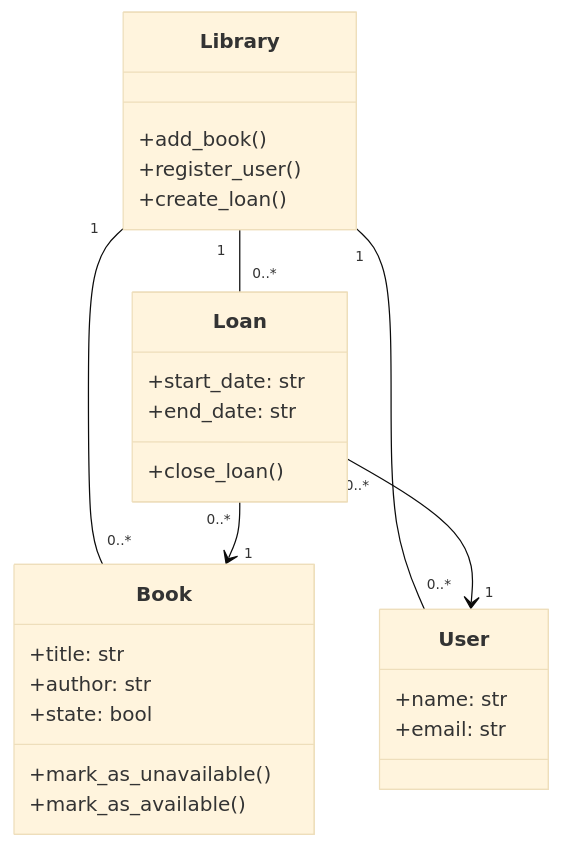
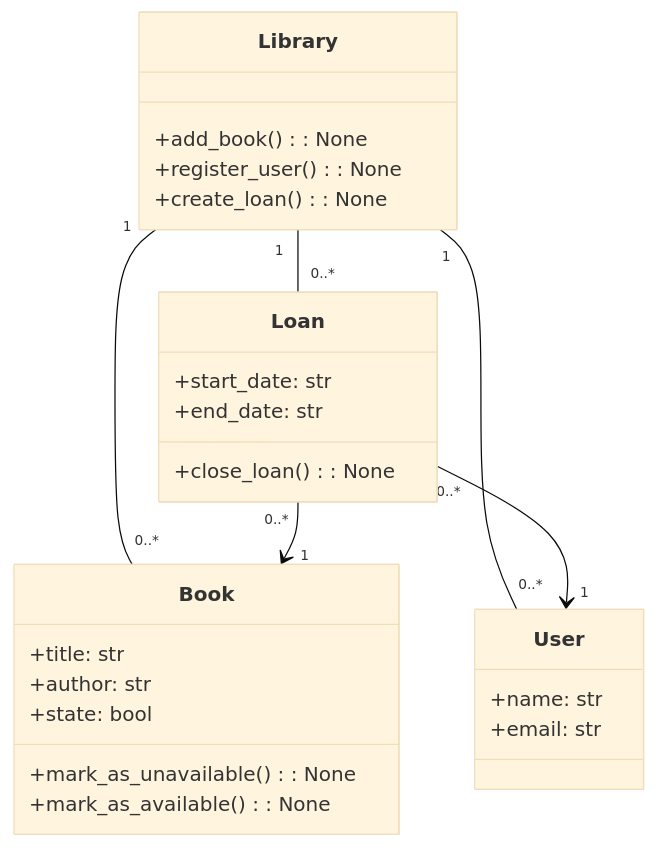
The diagram in uml_intro/0-class_diagram.mmd (RebornLPB/holbertonschool-sw_design_architecture), drawn with Mermaid (base theme) before and after one commit.

Commit message:
Fix method return types in class diagram

```diff
--- a/uml_intro/0-class_diagram.mmd
+++ b/uml_intro/0-class_diagram.mmd
@@ -1,31 +1,31 @@
 classDiagram
     class Book {
         +title: str
         +author: str
         +state: bool
-        +mark_as_unavailable()
-        +mark_as_available()
+        +mark_as_unavailable(): None
+        +mark_as_available(): None
     }
 
     class User {
         +name: str
         +email: str
     }
 
     class Loan {
         +start_date: str
         +end_date: str
-        +close_loan()
+        +close_loan(): None
     }
 
     class Library {
-        +add_book()
-        +register_user()
-        +create_loan()
+        +add_book(): None
+        +register_user(): None
+        +create_loan(): None
     }
 
     Library "1" -- "0..*" Book
     Library "1" -- "0..*" User
     Library "1" -- "0..*" Loan
     Loan "0..*" --> "1" Book
     Loan "0..*" --> "1" User
```
